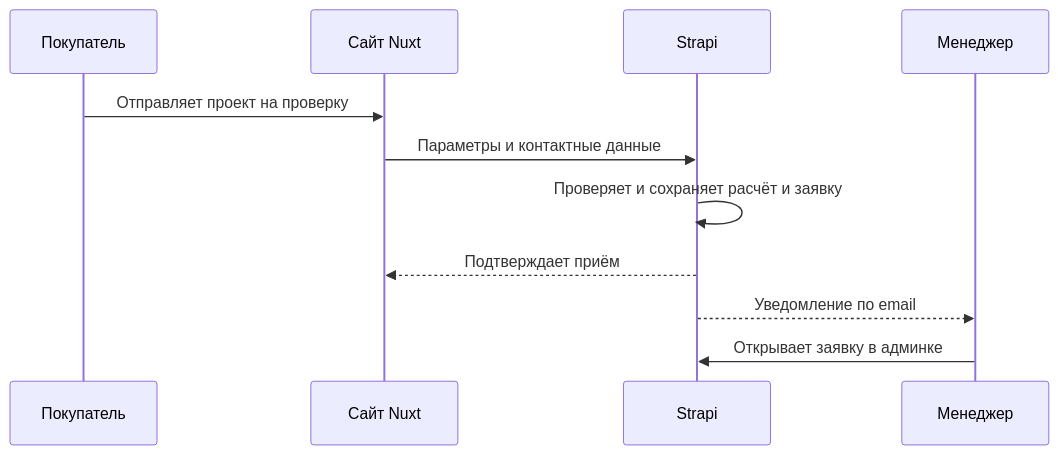
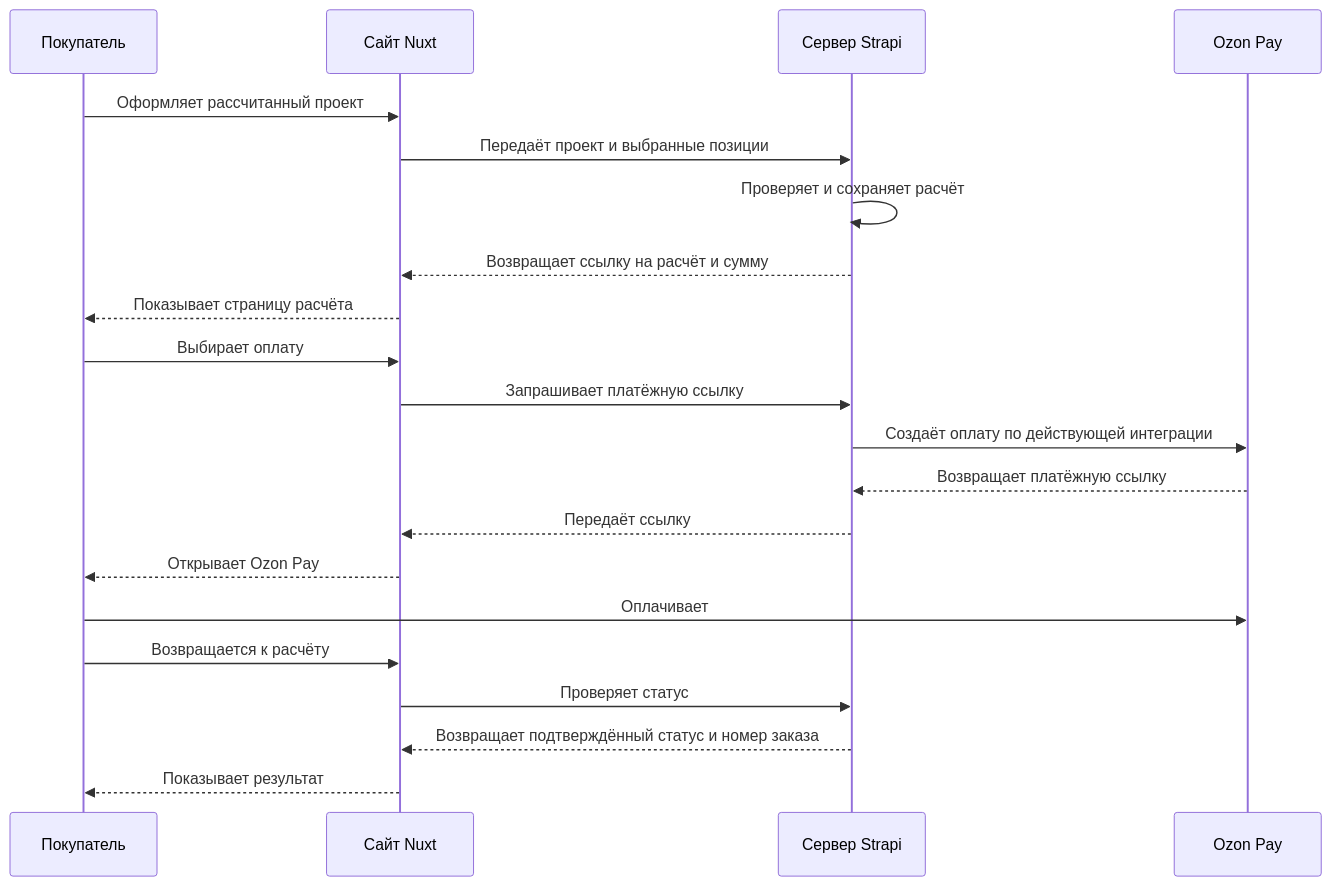
Before and after one commit to ValentinAlekhin/krazburg-spec: the diagram in docs/spec/leads.md, drawn with Mermaid. The commit also changed other lines of this file and 22 other files, not shown here.

Commit message:
Refocus specification on CMS and redesign preserving Ozon Pay

````diff
--- a/docs/spec/leads.md
+++ b/docs/spec/leads.md
@@ -5,13 +7,23 @@
 ```mermaid
 sequenceDiagram
   participant Buyer as Покупатель
   participant Site as Сайт Nuxt
-  participant Backend as Strapi
-  participant Manager as Менеджер
-  Buyer->>Site: Отправляет проект на проверку
-  Site->>Backend: Параметры и контактные данные
-  Backend->>Backend: Проверяет и сохраняет расчёт и заявку
-  Backend-->>Site: Подтверждает приём
-  Backend-->>Manager: Уведомление по email
-  Manager->>Backend: Открывает заявку в админке
+  participant Backend as Сервер Strapi
+  participant Pay as Ozon Pay
+  Buyer->>Site: Оформляет рассчитанный проект
+  Site->>Backend: Передаёт проект и выбранные позиции
+  Backend->>Backend: Проверяет и сохраняет расчёт
+  Backend-->>Site: Возвращает ссылку на расчёт и сумму
+  Site-->>Buyer: Показывает страницу расчёта
+  Buyer->>Site: Выбирает оплату
+  Site->>Backend: Запрашивает платёжную ссылку
+  Backend->>Pay: Создаёт оплату по действующей интеграции
+  Pay-->>Backend: Возвращает платёжную ссылку
+  Backend-->>Site: Передаёт ссылку
+  Site-->>Buyer: Открывает Ozon Pay
+  Buyer->>Pay: Оплачивает
+  Buyer->>Site: Возвращается к расчёту
+  Site->>Backend: Проверяет статус
+  Backend-->>Site: Возвращает подтверждённый статус и номер заказа
+  Site-->>Buyer: Показывает результат
 ```
````
